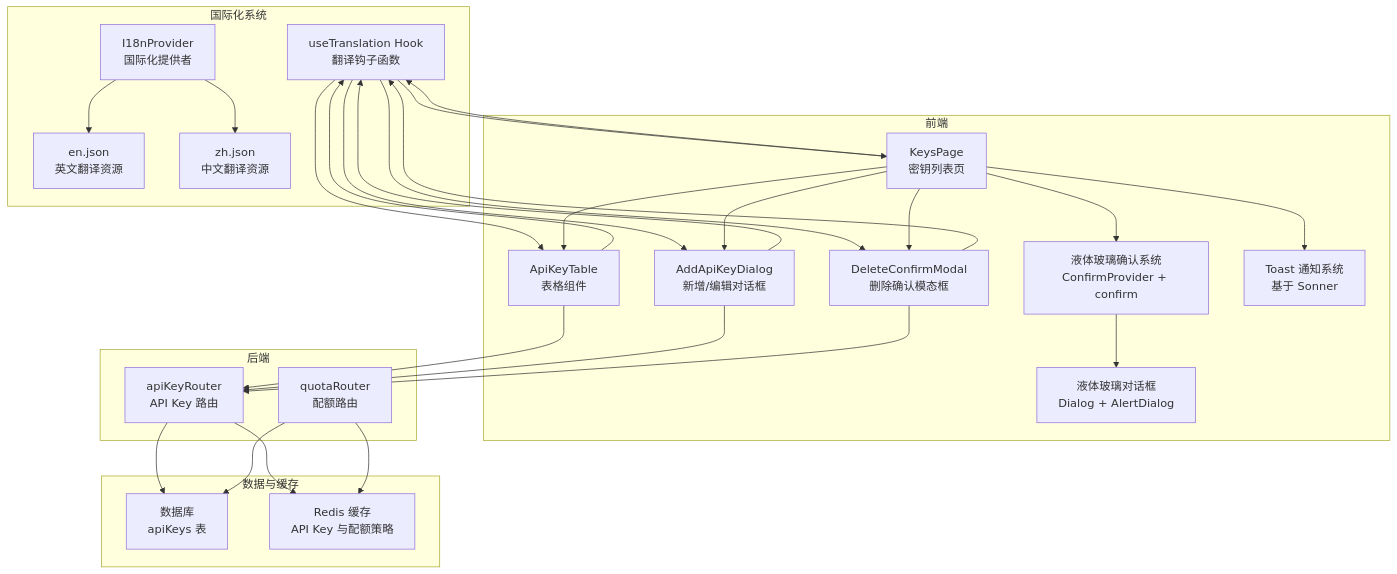
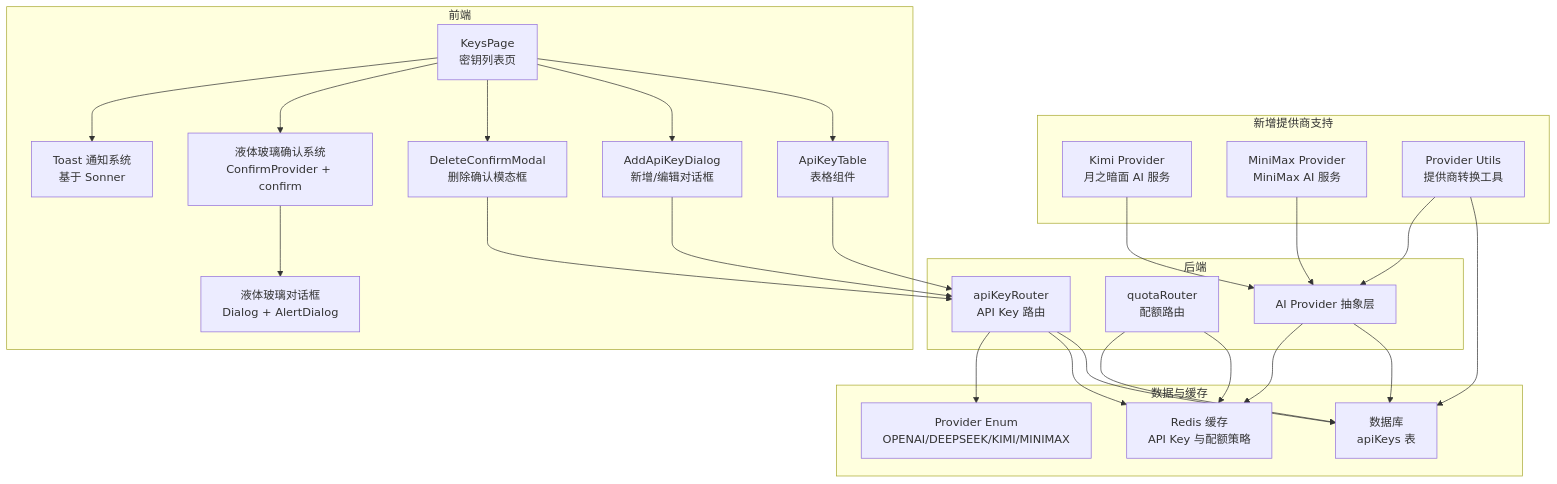
Before and after one commit to RadiumAg/AIGate: the first of 12 diagrams in .qoder/repowiki/zh/content/核心功能/API Key 管理.md, drawn with Mermaid. The commit also changed other lines of this file and 3 other files, not shown here.

````diff
--- a/.qoder/repowiki/zh/content/核心功能/API Key 管理.md
+++ b/.qoder/repowiki/zh/content/核心功能/API Key 管理.md
@@ -59,49 +63,47 @@
 ```mermaid
 graph TB
-subgraph "国际化系统"
-I18nProvider["I18nProvider<br/>国际化提供者"]
-MessagesEN["en.json<br/>英文翻译资源"]
-MessagesZH["zh.json<br/>中文翻译资源"]
-useTranslation["useTranslation Hook<br/>翻译钩子函数"]
+subgraph "新增提供商支持"
+KimiProvider["Kimi Provider<br/>月之暗面 AI 服务"]
+MiniMaxProvider["MiniMax Provider<br/>MiniMax AI 服务"]
+ProviderUtils["Provider Utils<br/>提供商转换工具"]
 end
 subgraph "前端"
 KeysPage["KeysPage<br/>密钥列表页"]
 AddDialog["AddApiKeyDialog<br/>新增/编辑对话框"]
 ApiKeyTable["ApiKeyTable<br/>表格组件"]
 DeleteModal["DeleteConfirmModal<br/>删除确认模态框"]
 ConfirmSystem["液体玻璃确认系统<br/>ConfirmProvider + confirm"]
 ToastSystem["Toast 通知系统<br/>基于 Sonner"]
 LiquidGlassDialog["液体玻璃对话框<br/>Dialog + AlertDialog"]
 end
 subgraph "后端"
 TPRouter["apiKeyRouter<br/>API Key 路由"]
 QuotaRouter["quotaRouter<br/>配额路由"]
+AIProvider["AI Provider 抽象层"]
 end
 subgraph "数据与缓存"
 DB["数据库<br/>apiKeys 表"]
 Redis["Redis 缓存<br/>API Key 与配额策略"]
+ProviderEnum["Provider Enum<br/>OPENAI/DEEPSEEK/KIMI/MINIMAX"]
 end
-I18nProvider --> MessagesEN
-I18nProvider --> MessagesZH
-KeysPage --> useTranslation
-AddDialog --> useTranslation
-ApiKeyTable --> useTranslation
-DeleteModal --> useTranslation
-useTranslation --> KeysPage
-useTranslation --> AddDialog
-useTranslation --> ApiKeyTable
-useTranslation --> DeleteModal
+KimiProvider --> AIProvider
+MiniMaxProvider --> AIProvider
+ProviderUtils --> DB
+ProviderUtils --> AIProvider
 KeysPage --> ApiKeyTable
 KeysPage --> AddDialog
 KeysPage --> DeleteModal
 KeysPage --> ConfirmSystem
 KeysPage --> ToastSystem
 ApiKeyTable --> TPRouter
 AddDialog --> TPRouter
 DeleteModal --> TPRouter
 ConfirmSystem --> LiquidGlassDialog
 TPRouter --> DB
 TPRouter --> Redis
+TPRouter --> ProviderEnum
+AIProvider --> DB
+AIProvider --> Redis
 QuotaRouter --> Redis
 QuotaRouter --> DB
 ```
````
